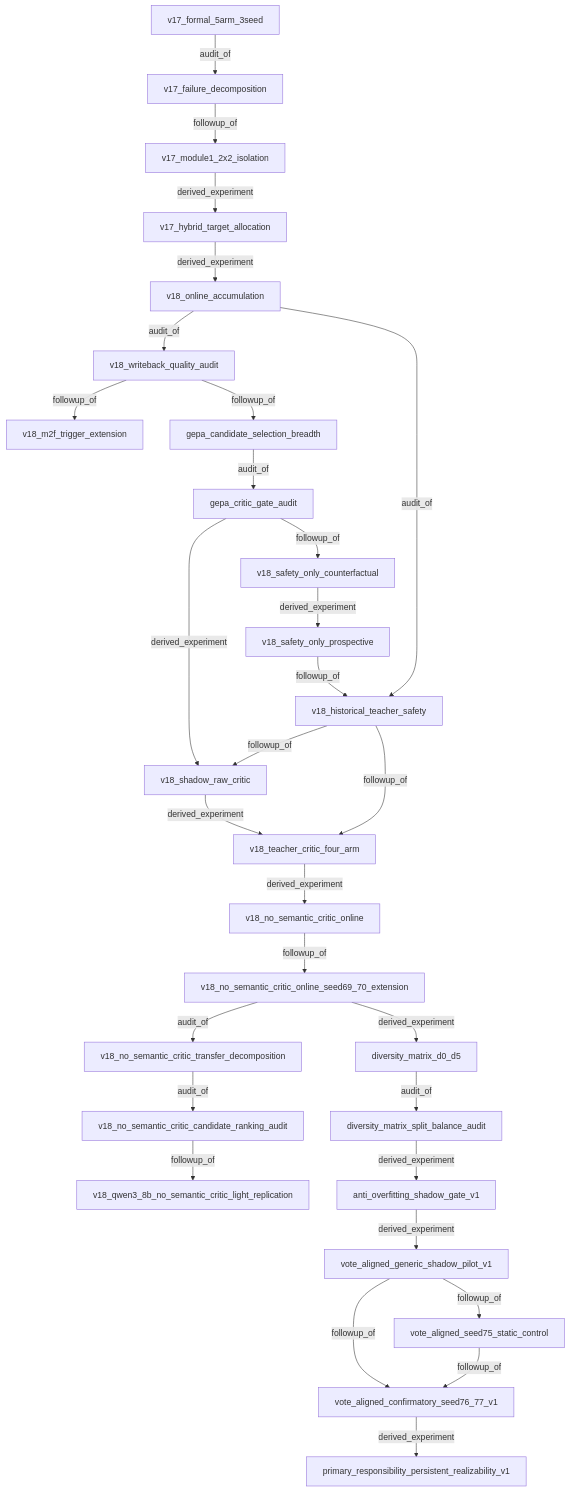
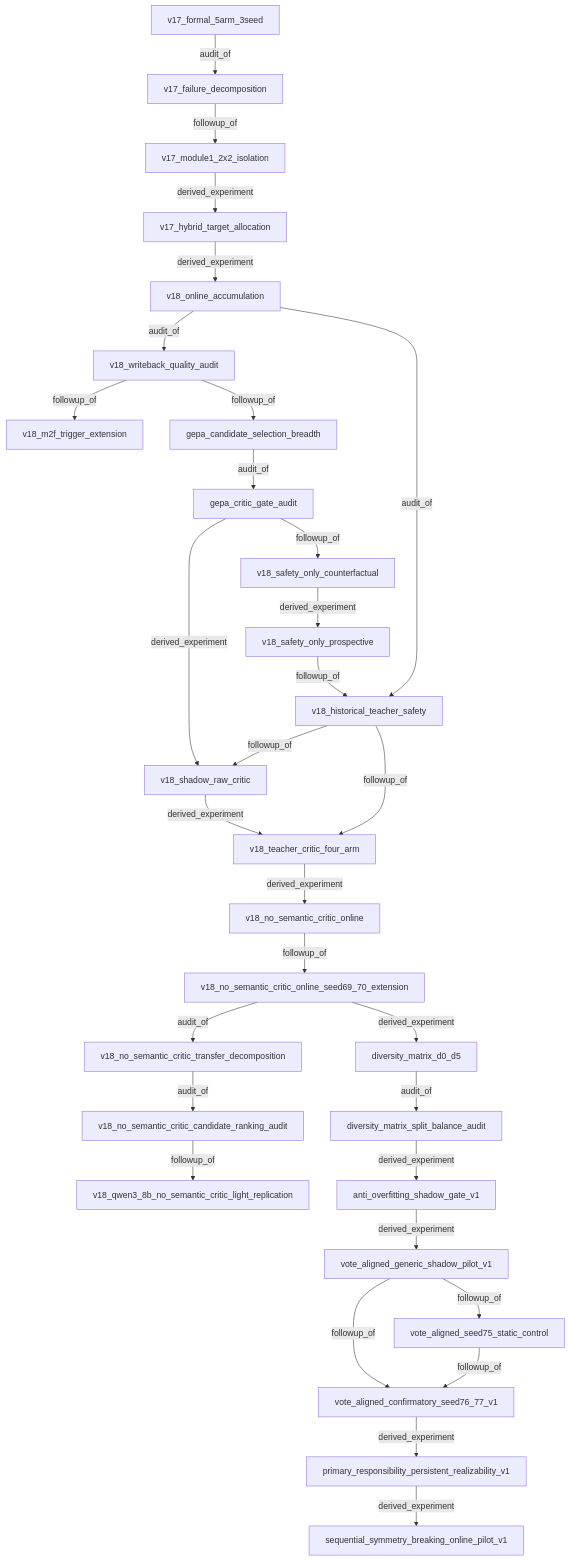
Before and after one commit to mmmmyyyxx/multi_agent_diversity: the diagram in docs/experiments/LINEAGE.md, drawn with Mermaid. The commit also changed other lines of this file and 14 other files, not shown here.

Commit message:
Freeze sequential symmetry-breaking pilot

````diff
--- a/docs/experiments/LINEAGE.md
+++ b/docs/experiments/LINEAGE.md
@@ -5,32 +5,33 @@
 ```mermaid
 graph TD
   v17_formal_5arm_3seed["v17_formal_5arm_3seed"] -->|audit_of| v17_failure_decomposition["v17_failure_decomposition"]
   v17_failure_decomposition["v17_failure_decomposition"] -->|followup_of| v17_module1_2x2_isolation["v17_module1_2x2_isolation"]
   v17_module1_2x2_isolation["v17_module1_2x2_isolation"] -->|derived_experiment| v17_hybrid_target_allocation["v17_hybrid_target_allocation"]
   v17_hybrid_target_allocation["v17_hybrid_target_allocation"] -->|derived_experiment| v18_online_accumulation["v18_online_accumulation"]
   v18_online_accumulation["v18_online_accumulation"] -->|audit_of| v18_writeback_quality_audit["v18_writeback_quality_audit"]
   v18_writeback_quality_audit["v18_writeback_quality_audit"] -->|followup_of| v18_m2f_trigger_extension["v18_m2f_trigger_extension"]
   v18_writeback_quality_audit["v18_writeback_quality_audit"] -->|followup_of| gepa_candidate_selection_breadth["gepa_candidate_selection_breadth"]
   gepa_candidate_selection_breadth["gepa_candidate_selection_breadth"] -->|audit_of| gepa_critic_gate_audit["gepa_critic_gate_audit"]
   gepa_critic_gate_audit["gepa_critic_gate_audit"] -->|followup_of| v18_safety_only_counterfactual["v18_safety_only_counterfactual"]
   v18_safety_only_counterfactual["v18_safety_only_counterfactual"] -->|derived_experiment| v18_safety_only_prospective["v18_safety_only_prospective"]
   v18_safety_only_prospective["v18_safety_only_prospective"] -->|followup_of| v18_historical_teacher_safety["v18_historical_teacher_safety"]
   v18_online_accumulation["v18_online_accumulation"] -->|audit_of| v18_historical_teacher_safety["v18_historical_teacher_safety"]
   gepa_critic_gate_audit["gepa_critic_gate_audit"] -->|derived_experiment| v18_shadow_raw_critic["v18_shadow_raw_critic"]
   v18_historical_teacher_safety["v18_historical_teacher_safety"] -->|followup_of| v18_shadow_raw_critic["v18_shadow_raw_critic"]
   v18_shadow_raw_critic["v18_shadow_raw_critic"] -->|derived_experiment| v18_teacher_critic_four_arm["v18_teacher_critic_four_arm"]
   v18_historical_teacher_safety["v18_historical_teacher_safety"] -->|followup_of| v18_teacher_critic_four_arm["v18_teacher_critic_four_arm"]
   v18_teacher_critic_four_arm["v18_teacher_critic_four_arm"] -->|derived_experiment| v18_no_semantic_critic_online["v18_no_semantic_critic_online"]
   v18_no_semantic_critic_online["v18_no_semantic_critic_online"] -->|followup_of| v18_no_semantic_critic_online_seed69_70_extension["v18_no_semantic_critic_online_seed69_70_extension"]
   v18_no_semantic_critic_online_seed69_70_extension["v18_no_semantic_critic_online_seed69_70_extension"] -->|audit_of| v18_no_semantic_critic_transfer_decomposition["v18_no_semantic_critic_transfer_decomposition"]
   v18_no_semantic_critic_transfer_decomposition["v18_no_semantic_critic_transfer_decomposition"] -->|audit_of| v18_no_semantic_critic_candidate_ranking_audit["v18_no_semantic_critic_candidate_ranking_audit"]
   v18_no_semantic_critic_candidate_ranking_audit["v18_no_semantic_critic_candidate_ranking_audit"] -->|followup_of| v18_qwen3_8b_no_semantic_critic_light_replication["v18_qwen3_8b_no_semantic_critic_light_replication"]
   v18_no_semantic_critic_online_seed69_70_extension["v18_no_semantic_critic_online_seed69_70_extension"] -->|derived_experiment| diversity_matrix_d0_d5["diversity_matrix_d0_d5"]
   diversity_matrix_d0_d5["diversity_matrix_d0_d5"] -->|audit_of| diversity_matrix_split_balance_audit["diversity_matrix_split_balance_audit"]
   diversity_matrix_split_balance_audit["diversity_matrix_split_balance_audit"] -->|derived_experiment| anti_overfitting_shadow_gate_v1["anti_overfitting_shadow_gate_v1"]
   anti_overfitting_shadow_gate_v1["anti_overfitting_shadow_gate_v1"] -->|derived_experiment| vote_aligned_generic_shadow_pilot_v1["vote_aligned_generic_shadow_pilot_v1"]
   vote_aligned_generic_shadow_pilot_v1["vote_aligned_generic_shadow_pilot_v1"] -->|followup_of| vote_aligned_seed75_static_control["vote_aligned_seed75_static_control"]
   vote_aligned_generic_shadow_pilot_v1["vote_aligned_generic_shadow_pilot_v1"] -->|followup_of| vote_aligned_confirmatory_seed76_77_v1["vote_aligned_confirmatory_seed76_77_v1"]
   vote_aligned_seed75_static_control["vote_aligned_seed75_static_control"] -->|followup_of| vote_aligned_confirmatory_seed76_77_v1["vote_aligned_confirmatory_seed76_77_v1"]
   vote_aligned_confirmatory_seed76_77_v1["vote_aligned_confirmatory_seed76_77_v1"] -->|derived_experiment| primary_responsibility_persistent_realizability_v1["primary_responsibility_persistent_realizability_v1"]
+  primary_responsibility_persistent_realizability_v1["primary_responsibility_persistent_realizability_v1"] -->|derived_experiment| sequential_symmetry_breaking_online_pilot_v1["sequential_symmetry_breaking_online_pilot_v1"]
 ```
````
